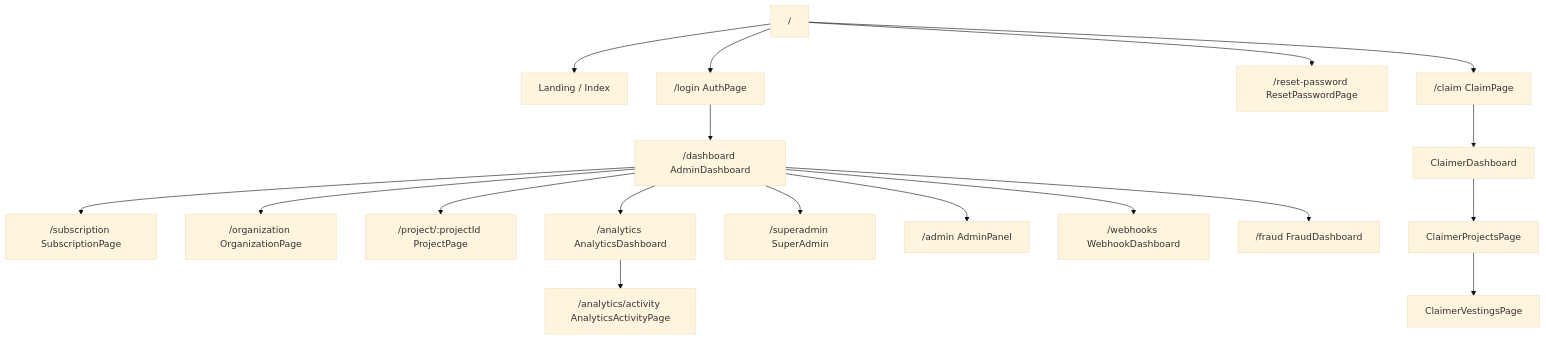
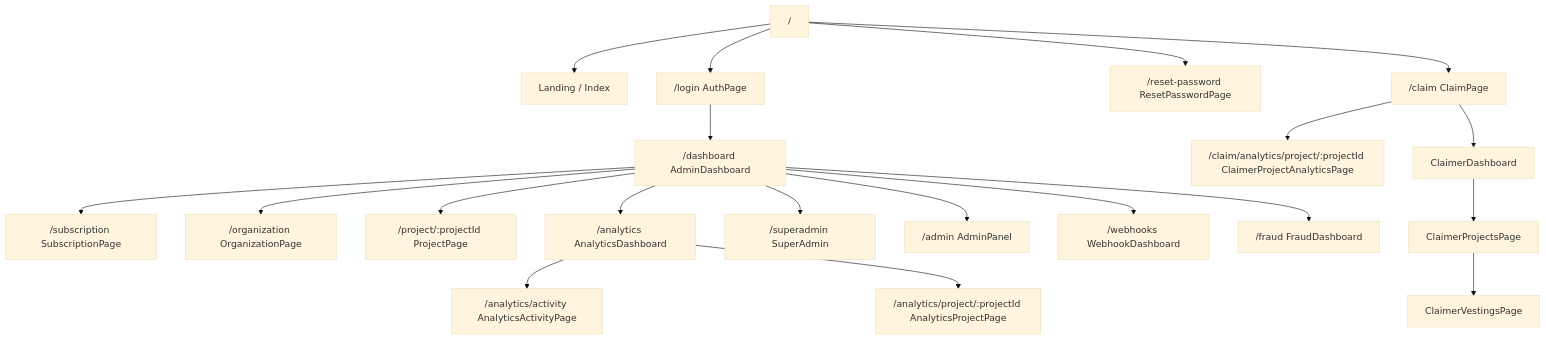
One commit to TheGodlike7/vestingapp changed the first of 10 diagrams in DESIGN_MAP.md. Above: the diagram before and after it, drawn with Mermaid (base theme). The commit also changed other lines of this file and 32 other files, not shown here.

````diff
--- a/DESIGN_MAP.md
+++ b/DESIGN_MAP.md
@@ -15,22 +15,24 @@
 ```mermaid
 flowchart TD
   Root["/"] --> Landing["Landing / Index"]
   Root --> Login["/login AuthPage"]
   Root --> Reset["/reset-password ResetPasswordPage"]
 
   Login --> Dashboard["/dashboard AdminDashboard"]
   Dashboard --> Subscription["/subscription SubscriptionPage"]
   Dashboard --> Organization["/organization OrganizationPage"]
   Dashboard --> Project["/project/:projectId ProjectPage"]
   Dashboard --> Analytics["/analytics AnalyticsDashboard"]
   Analytics --> BackendActivity["/analytics/activity AnalyticsActivityPage"]
+  Analytics --> ProjectAnalytics["/analytics/project/:projectId AnalyticsProjectPage"]
   Dashboard --> SuperAdmin["/superadmin SuperAdmin"]
   Dashboard --> AdminPanel["/admin AdminPanel"]
   Dashboard --> Webhooks["/webhooks WebhookDashboard"]
   Dashboard --> Fraud["/fraud FraudDashboard"]
 
   Root --> Claim["/claim ClaimPage"]
+  Claim --> ClaimerAnalytics["/claim/analytics/project/:projectId ClaimerProjectAnalyticsPage"]
   Claim --> ClaimerOrgs["ClaimerDashboard"]
   ClaimerOrgs --> ClaimerProjects["ClaimerProjectsPage"]
   ClaimerProjects --> ClaimerVestings["ClaimerVestingsPage"]
 ```
````
